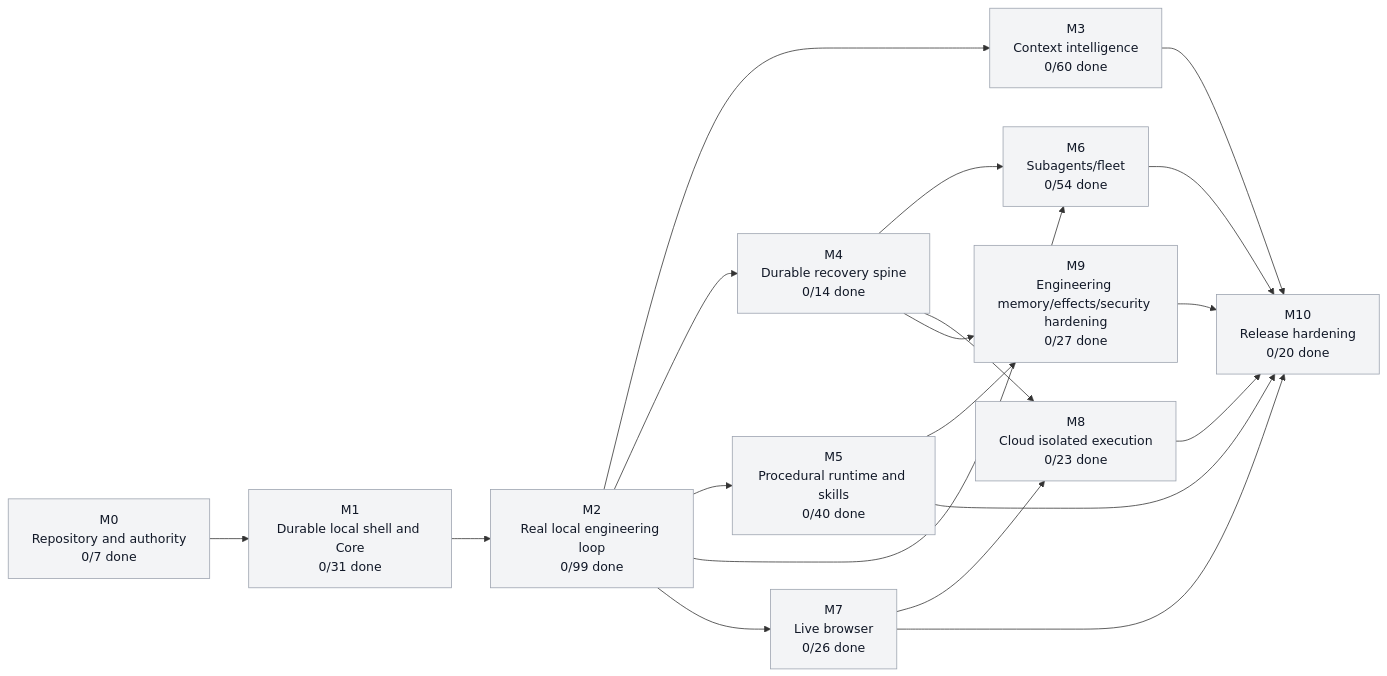
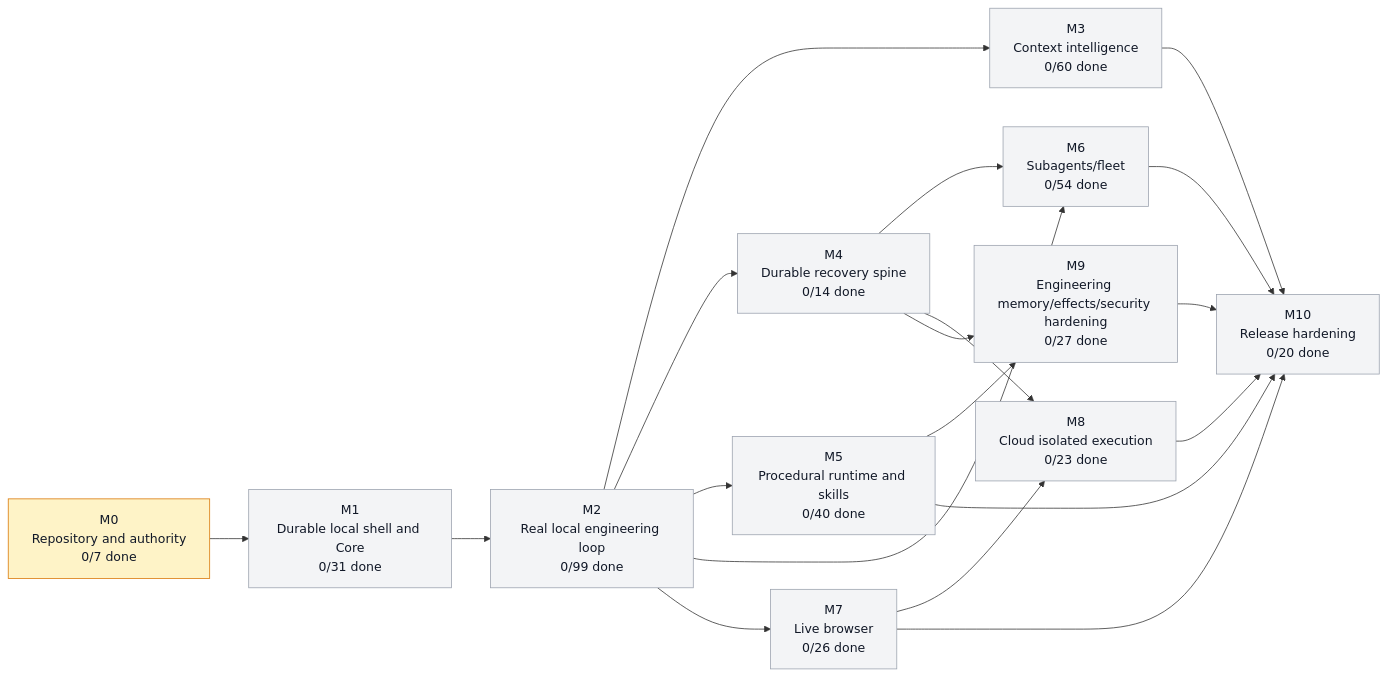
Before and after one commit to moss101/modbit: the first of 5 diagrams in graph/PROJECT_GRAPH.md, drawn with Mermaid. The commit also changed other lines of this file and 113 other files, not shown here.

First line of the commit message:
M0.1: monorepo scaffold — Rust workspace, pnpm workspace, CI matrix, architecture-lint

````diff
--- a/graph/PROJECT_GRAPH.md
+++ b/graph/PROJECT_GRAPH.md
@@ -57,43 +57,43 @@
 ```mermaid
 flowchart LR
   M0["M0<br/>Repository and authority<br/>0/7 done"]
   M1["M1<br/>Durable local shell and Core<br/>0/31 done"]
   M2["M2<br/>Real local engineering loop<br/>0/99 done"]
   M3["M3<br/>Context intelligence<br/>0/60 done"]
   M4["M4<br/>Durable recovery spine<br/>0/14 done"]
   M5["M5<br/>Procedural runtime and skills<br/>0/40 done"]
   M6["M6<br/>Subagents/fleet<br/>0/54 done"]
   M7["M7<br/>Live browser<br/>0/26 done"]
   M8["M8<br/>Cloud isolated execution<br/>0/23 done"]
   M9["M9<br/>Engineering memory/effects/security hardening<br/>0/27 done"]
   M10["M10<br/>Release hardening<br/>0/20 done"]
   M0 --> M1
   M1 --> M2
   M2 --> M3
   M2 --> M4
   M2 --> M5
   M2 --> M6
   M4 --> M6
   M2 --> M7
   M4 --> M8
   M7 --> M8
   M4 --> M9
   M5 --> M9
   M3 --> M10
   M5 --> M10
   M6 --> M10
   M7 --> M10
   M8 --> M10
   M9 --> M10
-  style M0 fill:#f3f4f6,stroke:#9ca3af,color:#111827
+  style M0 fill:#fef3c7,stroke:#d97706,color:#111827
   style M1 fill:#f3f4f6,stroke:#9ca3af,color:#111827
   style M2 fill:#f3f4f6,stroke:#9ca3af,color:#111827
   style M3 fill:#f3f4f6,stroke:#9ca3af,color:#111827
   style M4 fill:#f3f4f6,stroke:#9ca3af,color:#111827
   style M5 fill:#f3f4f6,stroke:#9ca3af,color:#111827
   style M6 fill:#f3f4f6,stroke:#9ca3af,color:#111827
   style M7 fill:#f3f4f6,stroke:#9ca3af,color:#111827
   style M8 fill:#f3f4f6,stroke:#9ca3af,color:#111827
   style M9 fill:#f3f4f6,stroke:#9ca3af,color:#111827
   style M10 fill:#f3f4f6,stroke:#9ca3af,color:#111827
 ```
````
